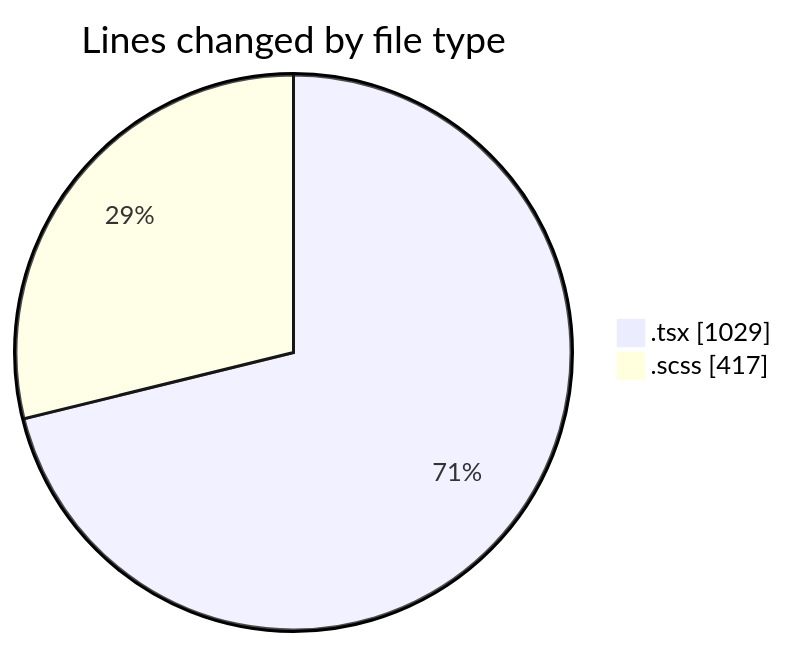
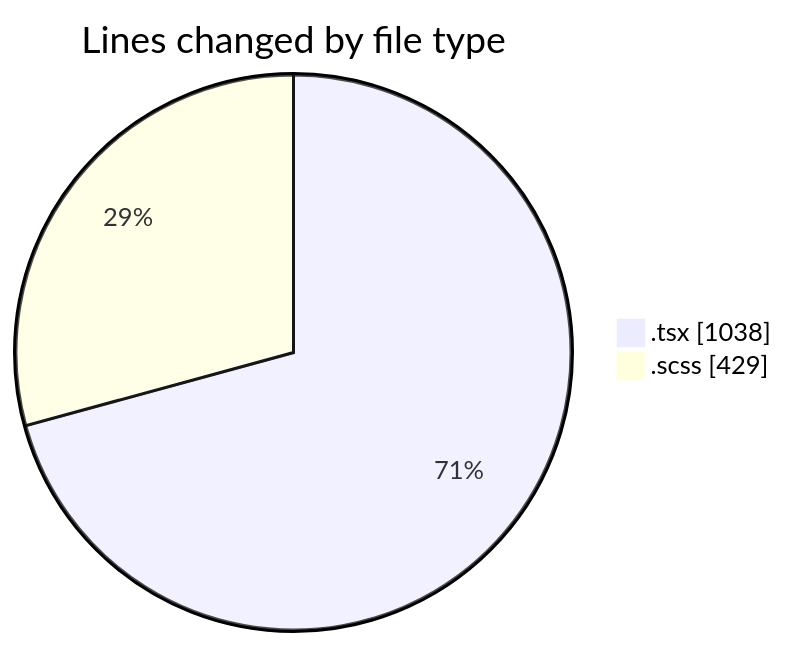
Before and after one commit to momahboobian/code-tracking: the first of 2 diagrams in 2025-04-10/cda/README.md, drawn with Mermaid. The commit also changed other lines of this file and 1 other file, not shown here.

````diff
--- a/2025-04-10/cda/README.md
+++ b/2025-04-10/cda/README.md
@@ -23,6 +23,6 @@
 ```mermaid
 pie showData
 title Lines changed by file type
-".tsx" : 1029
-".scss" : 417
+".tsx" : 1038
+".scss" : 429
 ```
````
